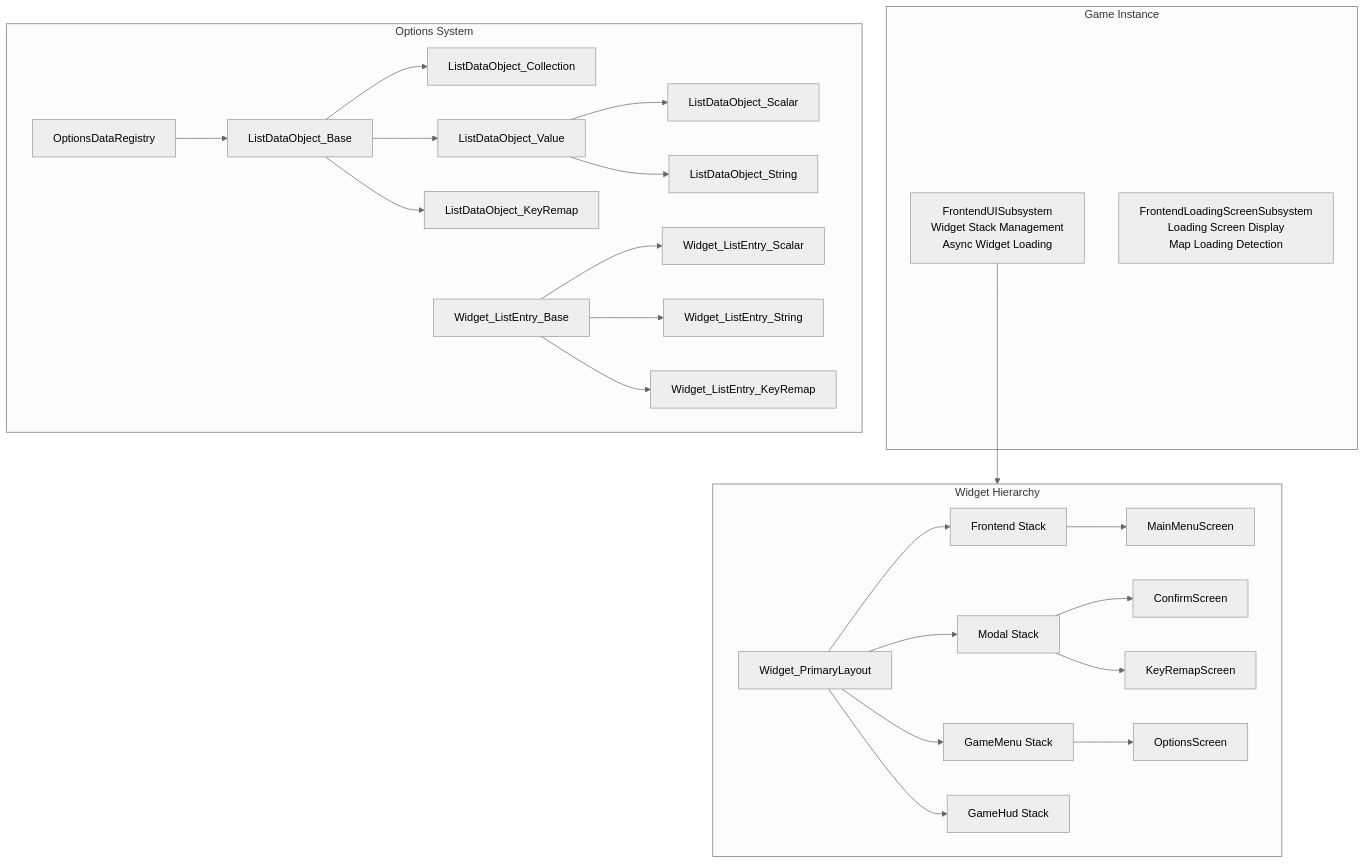
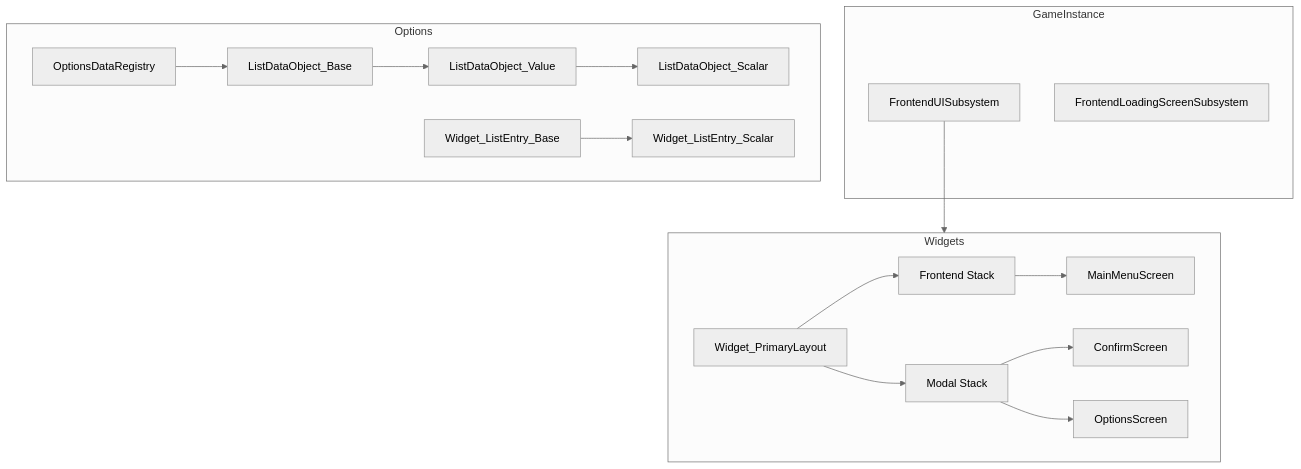
Before and after one commit to Sayan11071998/UE5-UI-Framework: the diagram in README.md, drawn with Mermaid (neutral theme). The commit also changed other lines of this file, not shown here.

````diff
--- a/README.md
+++ b/README.md
@@ -39,53 +73,38 @@
 ```mermaid
 graph TB
-    subgraph GameInstance["Game Instance"]
-        UI[FrontendUISubsystem<br/>Widget Stack Management<br/>Async Widget Loading]
-        LS[FrontendLoadingScreenSubsystem<br/>Loading Screen Display<br/>Map Loading Detection]
+    subgraph GameInstance
+        UI[FrontendUISubsystem]
+        LS[FrontendLoadingScreenSubsystem]
     end
     
-    subgraph Widgets["Widget Hierarchy"]
+    subgraph Widgets
         PL[Widget_PrimaryLayout]
         FS[Frontend Stack]
         MS[Modal Stack]
-        GM[GameMenu Stack]
-        GH[GameHud Stack]
         
         PL --> FS
         PL --> MS
-        PL --> GM
-        PL --> GH
         
         FS --> MMS[MainMenuScreen]
         MS --> CS[ConfirmScreen]
-        MS --> KR[KeyRemapScreen]
-        GM --> OS[OptionsScreen]
+        MS --> OS[OptionsScreen]
     end
     
-    subgraph Options["Options System"]
+    subgraph Options
         OR[OptionsDataRegistry]
         LDB[ListDataObject_Base]
-        LDC[ListDataObject_Collection]
         LDV[ListDataObject_Value]
         LDS[ListDataObject_Scalar]
-        LDST[ListDataObject_String]
-        LDKR[ListDataObject_KeyRemap]
         
         WLB[Widget_ListEntry_Base]
         WLSC[Widget_ListEntry_Scalar]
-        WLST[Widget_ListEntry_String]
-        WLKR[Widget_ListEntry_KeyRemap]
         
         OR --> LDB
-        LDB --> LDC
         LDB --> LDV
-        LDB --> LDKR
         LDV --> LDS
-        LDV --> LDST
         
         WLB --> WLSC
-        WLB --> WLST
-        WLB --> WLKR
     end
     
     UI --> Widgets
 ```
````
